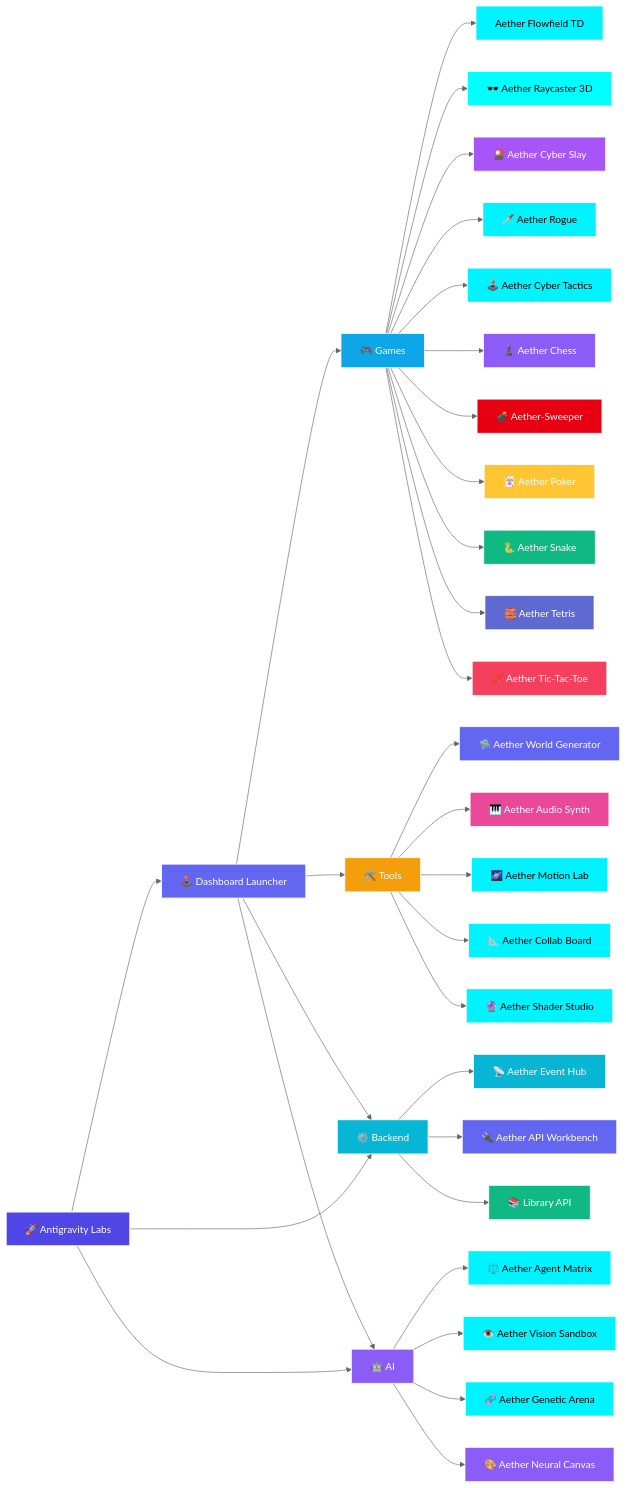
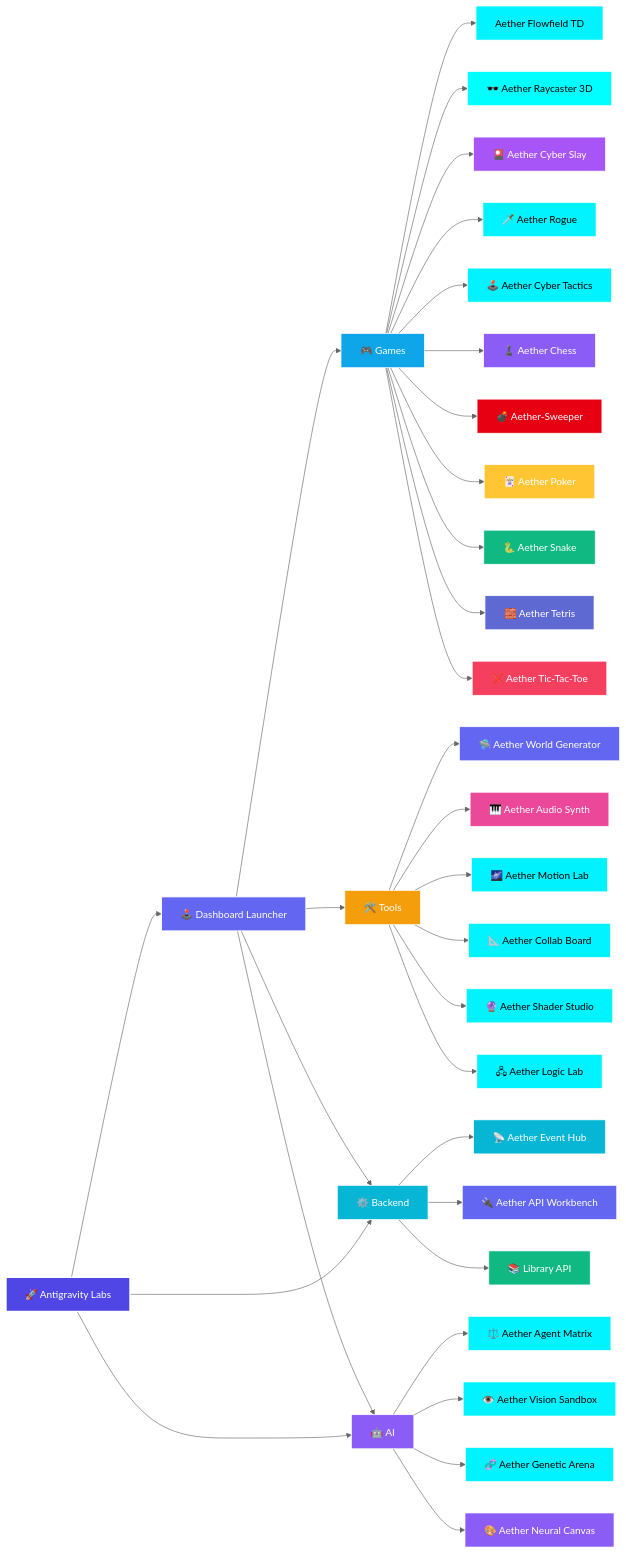
One commit to Leturnos/antigravity-labs changed the diagram in README.md. Above: the diagram before and after it, drawn with Mermaid (neutral theme). The commit also changed other lines of this file and 2 other files, not shown here.

Commit message:
feat(dashboard): integrate Aether Logic Lab into launcher and documentation

````diff
--- a/README.md
+++ b/README.md
@@ -48,71 +49,73 @@
 ```mermaid
 flowchart LR
     Root["🚀 Antigravity Labs"]
     Launcher["🕹️ Dashboard Launcher"]
 
     Root --> Launcher
     Root --> Backend["⚙️ Backend"]
     Root --> AI["🤖 AI"]
 
     Launcher --> Games["🎮 Games"]
     Launcher --> Tools["🛠️ Tools"]
     Launcher --> AI["🤖 AI"]
     Launcher --> Backend["⚙️ Backend"]
 
     Games --> FlowfieldTD["Aether Flowfield TD"]
     Games --> Raycaster["🕶️ Aether Raycaster 3D"]
     Games --> CyberSlay["🎴 Aether Cyber Slay"]
     Games --> Rogue["🗡️ Aether Rogue"]
     Games --> Tactics["🕹️ Aether Cyber Tactics"]
     Games --> Chess["♟️ Aether Chess"]
     Games --> Sweeper["💣 Aether-Sweeper"]
     Games --> Poker["🃏 Aether Poker"]
     Games --> Snake["🐍 Aether Snake"]
     Games --> Tetris["🧱 Aether Tetris"]
     Games --> TicTacToe["❌ Aether Tic-Tac-Toe"]
 
     Backend --> EventHub["📡 Aether Event Hub"]
     Backend --> APIWorkbench["🔌 Aether API Workbench"]
     Backend --> LibraryAPI["📚 Library API"]
     
     Tools --> WorldGen["🛸 Aether World Generator"]
     Tools --> AudioSynth["🎹 Aether Audio Synth"]
     Tools --> MotionLab["🌌 Aether Motion Lab"]
     Tools --> CollabBoard["📐 Aether Collab Board"]
     Tools --> ShaderStudio["🔮 Aether Shader Studio"]
+    Tools --> LogicLab["🖧 Aether Logic Lab"]
 
     AI --> AgentMatrix["⚖️ Aether Agent Matrix"]
     AI --> VisionSandbox["👁️ Aether Vision Sandbox"]
     AI --> GeneticArena["🧬 Aether Genetic Arena"]
     AI --> NeuralCanvas["🎨 Aether Neural Canvas"]
 
     style Root fill:#4f46e5,stroke:#fff,stroke-width:2px,color:#fff
     style Launcher fill:#6366f1,stroke:#fff,stroke-width:1.5px,color:#fff
     style Games fill:#0ea5e9,stroke:#fff,stroke-width:1px,color:#fff
     style Backend fill:#06b6d4,stroke:#fff,stroke-width:1px,color:#fff
     style AI fill:#8b5cf6,stroke:#fff,stroke-width:1px,color:#fff
     style Tools fill:#f59e0b,stroke:#fff,stroke-width:1px,color:#fff
     style FlowfieldTD fill:#00f3ff,stroke:#fff,stroke-width:1px,color:#000
     style Raycaster fill:#00ffff,stroke:#fff,stroke-width:1px,color:#000
     style CyberSlay fill:#a855f7,stroke:#fff,stroke-width:1px,color:#fff
     style Rogue fill:#00f3ff,stroke:#fff,stroke-width:1px,color:#000
     style Tactics fill:#00f3ff,stroke:#fff,stroke-width:1px,color:#000
     style Chess fill:#8b5cf6,stroke:#fff,stroke-width:1px,color:#fff
     style Sweeper fill:#e60012,stroke:#fff,stroke-width:1px,color:#fff
     style Poker fill:#ffc533,stroke:#fff,stroke-width:1px,color:#fff
     style Snake fill:#10b981,stroke:#fff,stroke-width:1px,color:#fff
     style Tetris fill:#5e6ad2,stroke:#fff,stroke-width:1px,color:#fff
     style TicTacToe fill:#f43f5e,stroke:#fff,stroke-width:1px,color:#fff
     style EventHub fill:#06b6d4,stroke:#fff,stroke-width:1px,color:#fff
     style APIWorkbench fill:#6366f1,stroke:#fff,stroke-width:1px,color:#fff
     style LibraryAPI fill:#10b981,stroke:#fff,stroke-width:1px,color:#fff
     style WorldGen fill:#6366f1,stroke:#fff,stroke-width:1px,color:#fff
     style AudioSynth fill:#ec4899,stroke:#fff,stroke-width:1px,color:#fff
     style MotionLab fill:#00f2fe,stroke:#fff,stroke-width:1px,color:#000
     style CollabBoard fill:#00f3ff,stroke:#fff,stroke-width:1px,color:#000
     style ShaderStudio fill:#00f3ff,stroke:#fff,stroke-width:1px,color:#000
+    style LogicLab fill:#00f3ff,stroke:#fff,stroke-width:1px,color:#000
     style AgentMatrix fill:#00f3ff,stroke:#fff,stroke-width:1px,color:#000
     style VisionSandbox fill:#00f3ff,stroke:#fff,stroke-width:1px,color:#000
     style GeneticArena fill:#00f3ff,stroke:#fff,stroke-width:1px,color:#000
     style NeuralCanvas fill:#8b5cf6,stroke:#fff,stroke-width:1px,color:#fff
 ```
````
